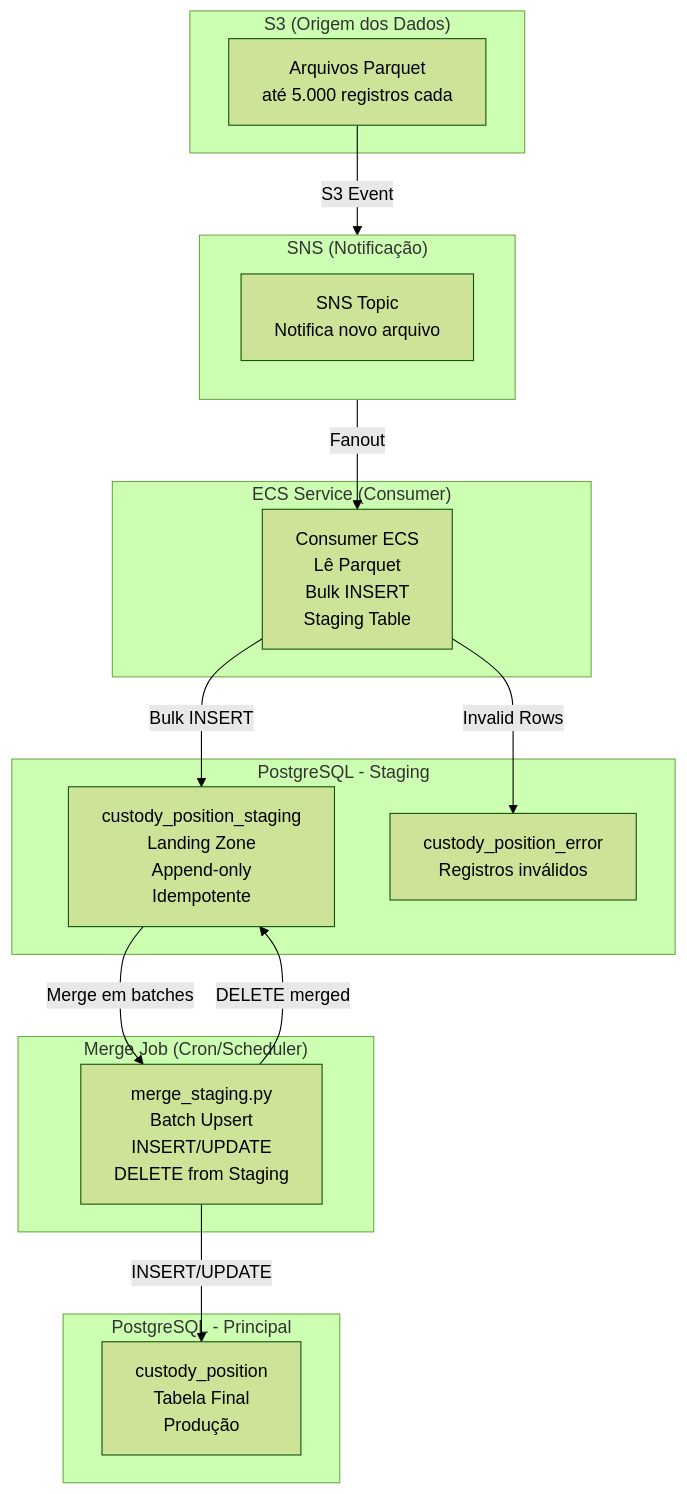
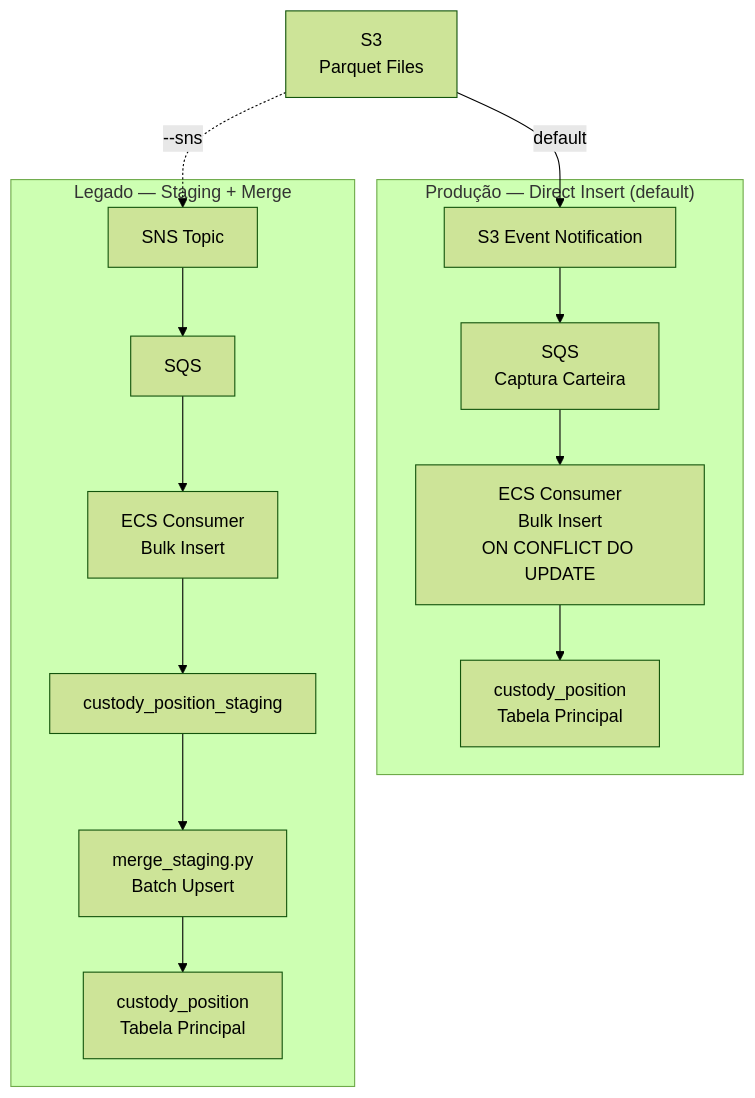
Before and after one commit to ortizgui/poc-parquet-staging-postgresql: the diagram in README.md, drawn with Mermaid (forest theme). The commit also changed other lines of this file, not shown here.

First line of the commit message:
docs: update README with production flow (direct insert) and legacy staging

````diff
--- a/README.md
+++ b/README.md
@@ -7,35 +7,21 @@
 ```mermaid
 flowchart TD
-    subgraph S3 ["S3 (Origem dos Dados)"]
-        PARQUET[Arquivos Parquet<br/>até 5.000 registros cada]
+    S3_BUCKET[S3<br/>Parquet Files]
+    
+    subgraph DIRECT ["Produção — Direct Insert (default)"]
+        S3_EVENT[S3 Event Notification] --> SQS_DIRECT[SQS<br/>Captura Carteira]
+        SQS_DIRECT --> ECS_CONSUMER[ECS Consumer<br/>Bulk Insert<br/>ON CONFLICT DO UPDATE]
+        ECS_CONSUMER --> PRINCIPAL_DIRECT[custody_position<br/>Tabela Principal]
     end
 
-    subgraph SNS ["SNS (Notificação)"]
-        NOTIFICATION[SNS Topic<br/>Notifica novo arquivo]
+    subgraph LEGACY ["Legado — Staging + Merge"]
+        SNS[SNS Topic] --> SQS_LEGACY[SQS]
+        SQS_LEGACY --> ECS_STAGING[ECS Consumer<br/>Bulk Insert]
+        ECS_STAGING --> STAGING_TABLE[custody_position_staging]
+        STAGING_TABLE --> MERGE[merge_staging.py<br/>Batch Upsert]
+        MERGE --> PRINCIPAL_LEGACY[custody_position<br/>Tabela Principal]
     end
 
-    subgraph ECS ["ECS Service (Consumer)"]
-        CONSUMER[Consumer ECS<br/>Lê Parquet<br/>Bulk INSERT<br/>Staging Table]
-    end
-
-    subgraph STAGING ["PostgreSQL - Staging"]
-        STAGING_TABLE[custody_position_staging<br/>Landing Zone<br/>Append-only<br/>Idempotente]
-        ERROR_TABLE[custody_position_error<br/>Registros inválidos]
-    end
-
-    subgraph CRON ["Merge Job (Cron/Scheduler)"]
-        MERGE[merge_staging.py<br/>Batch Upsert<br/>INSERT/UPDATE<br/>DELETE from Staging]
-    end
-
-    subgraph PRINCIPAL ["PostgreSQL - Principal"]
-        FINAL_TABLE[custody_position<br/>Tabela Final<br/>Produção]
-    end
-
-    PARQUET -->|S3 Event| SNS
-    SNS -->|Fanout| CONSUMER
-    CONSUMER -->|Bulk INSERT| STAGING_TABLE
-    CONSUMER -->|Invalid Rows| ERROR_TABLE
-    STAGING_TABLE -->|Merge em batches| MERGE
-    MERGE -->|INSERT/UPDATE| FINAL_TABLE
-    MERGE -->|DELETE merged| STAGING_TABLE
+    S3_BUCKET -->|default| S3_EVENT
+    S3_BUCKET -.->|--sns| SNS
 ```
````
